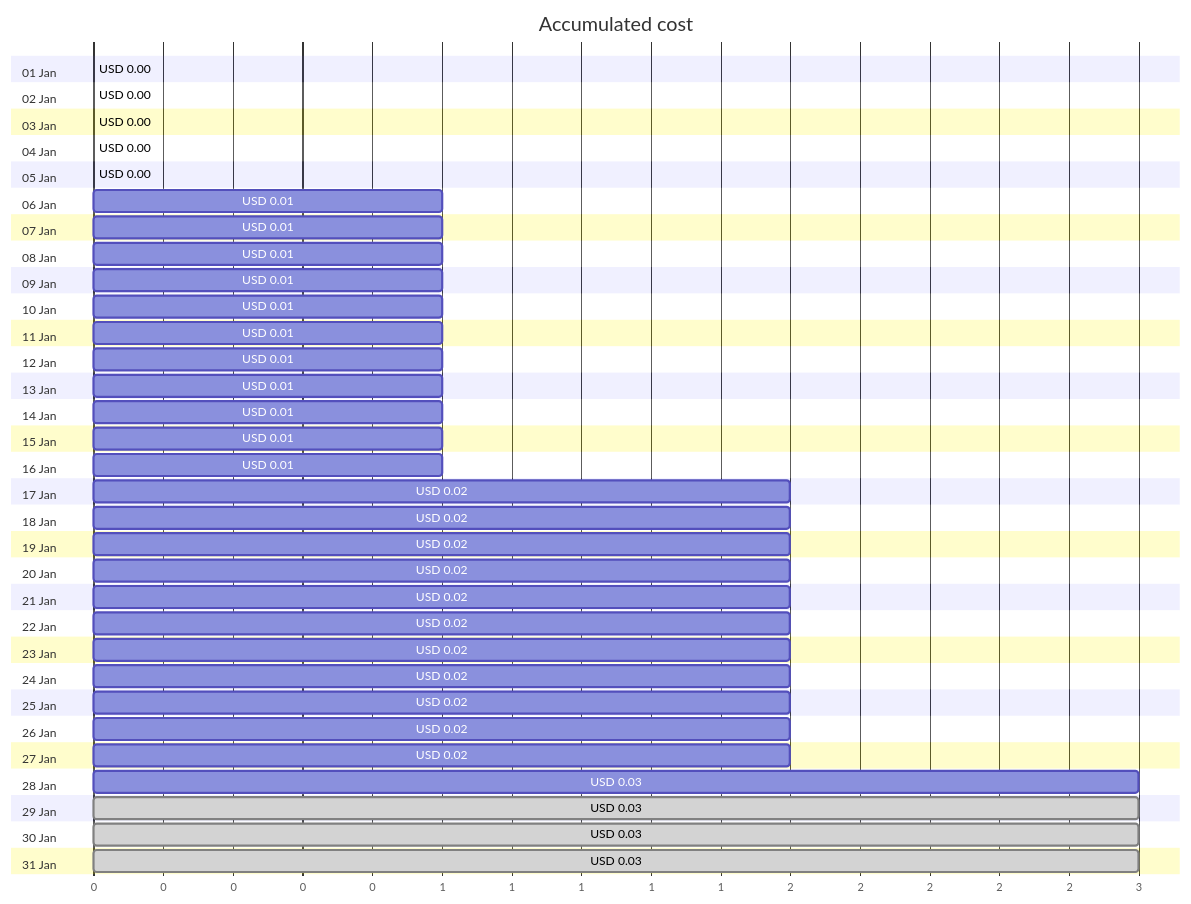
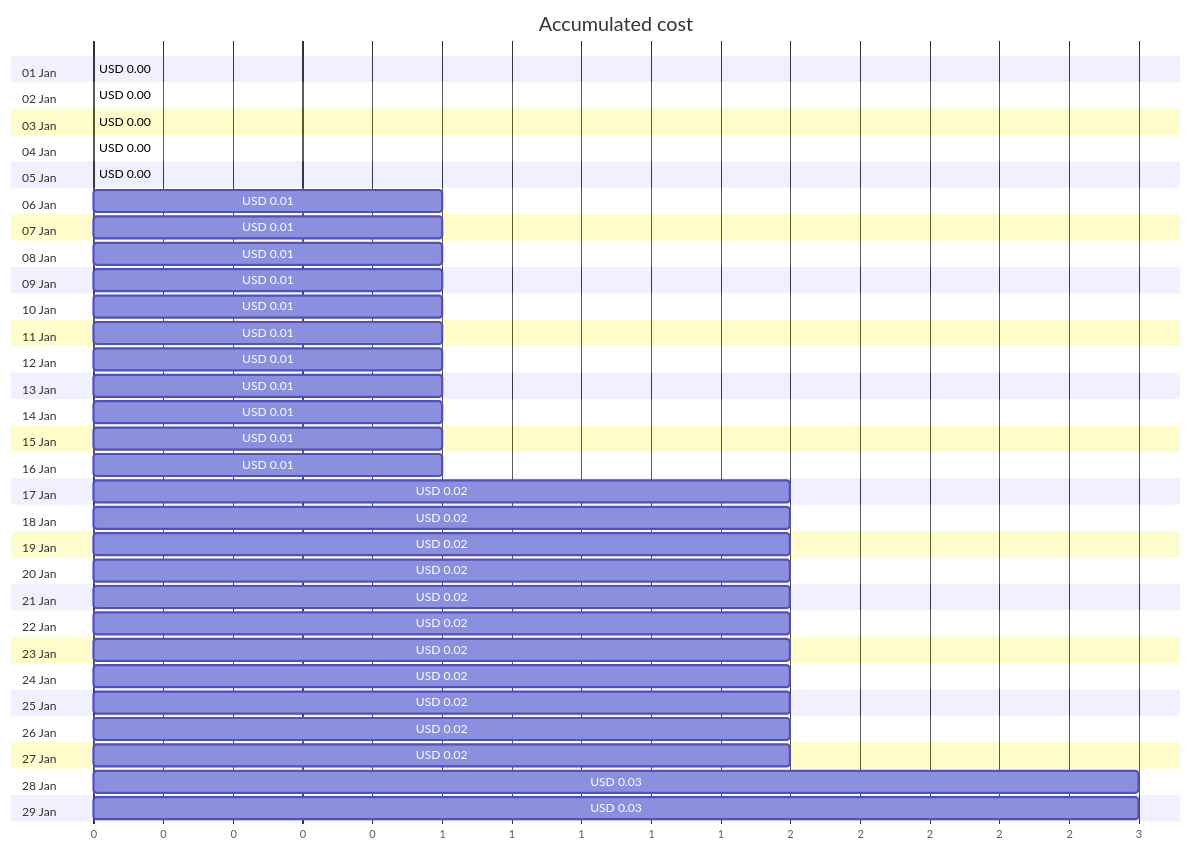
The first of 4 diagrams in cost-reports/personal-site/personalsiteapipreview.md (jpfulton/azure-personal-reports), drawn with Mermaid before and after one commit. The commit also changed other lines of this file and 6 other files, not shown here.

````diff
--- a/cost-reports/personal-site/personalsiteapipreview.md
+++ b/cost-reports/personal-site/personalsiteapipreview.md
@@ -20,68 +20,64 @@
 ```mermaid
 gantt
    title Accumulated cost
    dateFormat  X
    axisFormat %s
    section 01 Jan
    USD 0.00 :0, 0
    section 02 Jan
    USD 0.00 :0, 0
    section 03 Jan
    USD 0.00 :0, 0
    section 04 Jan
    USD 0.00 :0, 0
    section 05 Jan
    USD 0.00 :0, 0
    section 06 Jan
    USD 0.01 :0, 1
    section 07 Jan
    USD 0.01 :0, 1
    section 08 Jan
    USD 0.01 :0, 1
    section 09 Jan
    USD 0.01 :0, 1
    section 10 Jan
    USD 0.01 :0, 1
    section 11 Jan
    USD 0.01 :0, 1
    section 12 Jan
    USD 0.01 :0, 1
    section 13 Jan
    USD 0.01 :0, 1
    section 14 Jan
    USD 0.01 :0, 1
    section 15 Jan
    USD 0.01 :0, 1
    section 16 Jan
    USD 0.01 :0, 1
    section 17 Jan
    USD 0.02 :0, 2
    section 18 Jan
    USD 0.02 :0, 2
    section 19 Jan
    USD 0.02 :0, 2
    section 20 Jan
    USD 0.02 :0, 2
    section 21 Jan
    USD 0.02 :0, 2
    section 22 Jan
    USD 0.02 :0, 2
    section 23 Jan
    USD 0.02 :0, 2
    section 24 Jan
    USD 0.02 :0, 2
    section 25 Jan
    USD 0.02 :0, 2
    section 26 Jan
    USD 0.02 :0, 2
    section 27 Jan
    USD 0.02 :0, 2
    section 28 Jan
    USD 0.03 :0, 3
    section 29 Jan
-   USD 0.03 : done, 0, 3
-   section 30 Jan
-   USD 0.03 : done, 0, 3
-   section 31 Jan
-   USD 0.03 : done, 0, 3
+   USD 0.03 :0, 3
 ```
````
